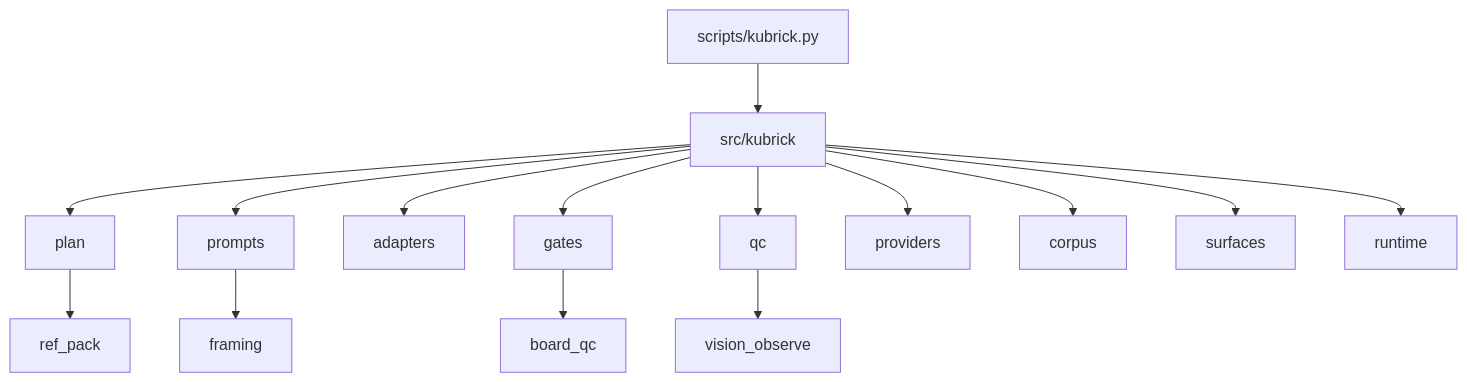
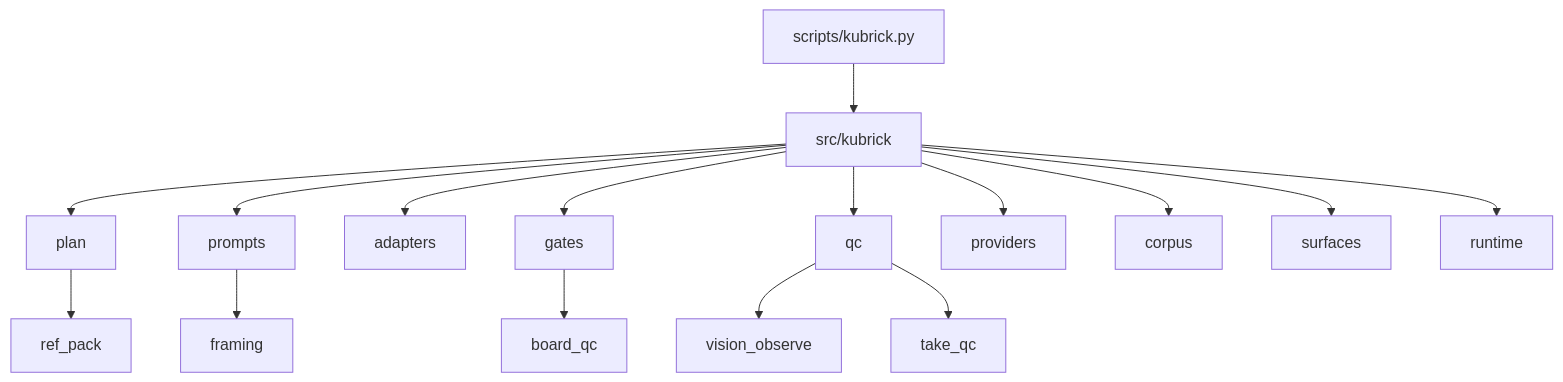
The diagram in skills/kubrick/README.md (Zero-State-LLC/Kubrick), drawn with Mermaid before and after one commit. The commit also changed other lines of this file and 13 other files, not shown here.

````diff
--- a/skills/kubrick/README.md
+++ b/skills/kubrick/README.md
@@ -36,17 +36,18 @@
 ```mermaid
 flowchart TB
   cli["scripts/kubrick.py"] --> core["src/kubrick"]
   core --> plan["plan"]
   core --> prompts["prompts"]
   prompts --> framing["framing"]
   core --> adapters["adapters"]
   core --> gates["gates"]
   gates --> board["board_qc"]
   core --> qc["qc"]
   qc --> take["vision_observe"]
+  qc --> full["take_qc"]
   core --> providers["providers"]
   core --> corpus["corpus"]
   core --> surfaces["surfaces"]
   core --> runtime["runtime"]
   plan --> refpack["ref_pack"]
 ```
````
